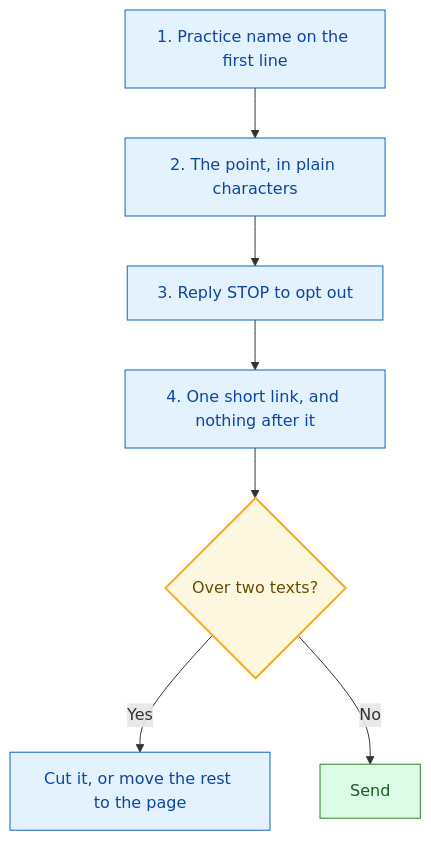
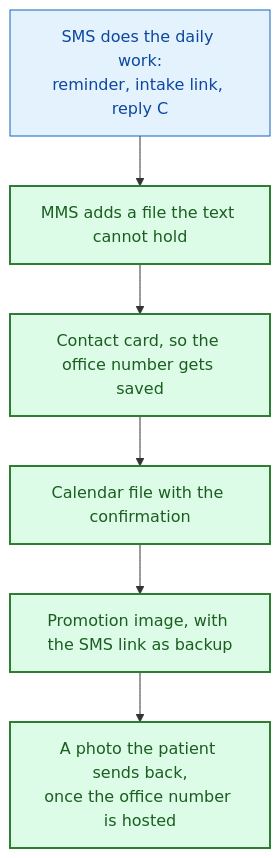
Before and after one commit to daava-hq/shared-docs: the second of 2 diagrams in docs/sms-and-picture-messages.md, drawn with Mermaid. The commit also changed other lines of this file and 2 other files, not shown here.

First line of the commit message:
Refocus the picture-message guide on SMS versus MMS

````diff
--- a/docs/sms-and-picture-messages.md
+++ b/docs/sms-and-picture-messages.md
@@ -65,17 +82,14 @@
 ```mermaid
 flowchart TD
-  A["1. Practice name on the first line"] --> B["2. The point, in plain characters"]
-  B --> C["3. Reply STOP to opt out"]
-  C --> D["4. One short link, and nothing after it"]
-  D --> E{"Over two texts?"}
-  E -->|Yes| F["Cut it, or move the rest to the page"]
-  E -->|No| G["Send"]
+  SMS["SMS does the daily work:<br/>reminder, intake link, reply C"] --> MMS["MMS adds a file the text cannot hold"]
+  MMS --> CARD["Contact card, so the office number gets saved"]
+  CARD --> CAL["Calendar file with the confirmation"]
+  CAL --> PROMO["Promotion image, with the SMS link as backup"]
+  PROMO --> PHOTO["A photo the patient sends back,<br/>once the office number is hosted"]
 
   classDef actionNode fill:#e3f2fd,stroke:#1565c0,color:#0d47a1
-  classDef decisionNode fill:#fff8e1,stroke:#f9a825,stroke-width:2px,color:#6d4c00
-  classDef cleanNode fill:#dcfce7,stroke:#2e7d32,color:#1b5e20
+  classDef cleanNode fill:#dcfce7,stroke:#2e7d32,stroke-width:2px,color:#1b5e20
 
-  class A,B,C,D,F actionNode
-  class E decisionNode
-  class G cleanNode
+  class SMS actionNode
+  class MMS,CARD,CAL,PROMO,PHOTO cleanNode
 ```
````
